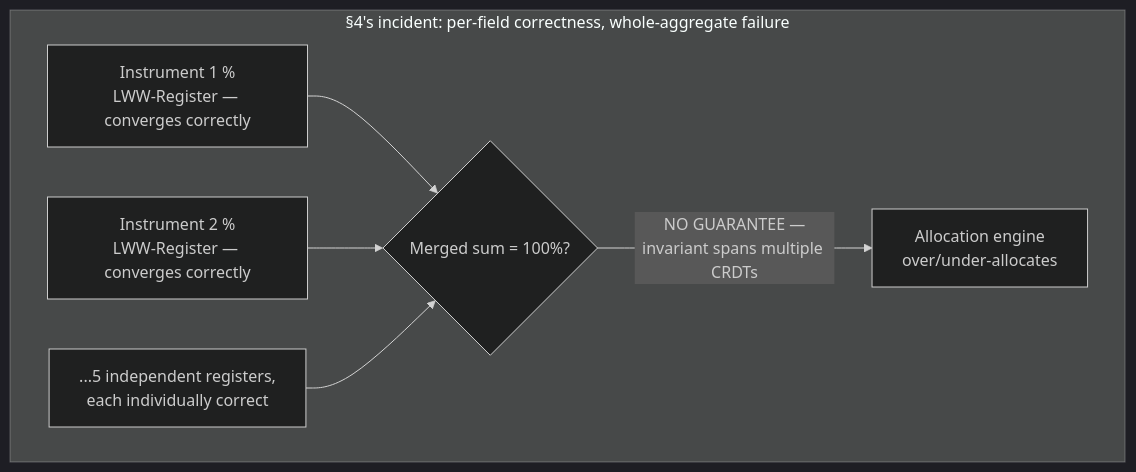
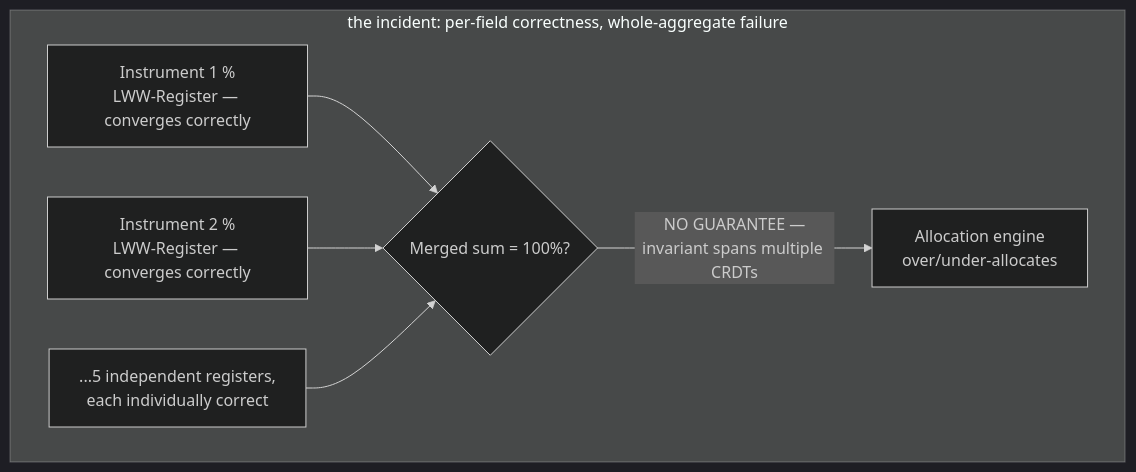
Before and after one commit to umashankarp/InterviewQuestions: the third of 4 diagrams in 16-Distributed-Systems/04-CRDTs-Conflict-Free-Replicated-Data-Types.md, drawn with Mermaid (dark theme). The commit also changed other lines of this file and 173 other files, not shown here.

````diff
--- a/16-Distributed-Systems/04-CRDTs-Conflict-Free-Replicated-Data-Types.md
+++ b/16-Distributed-Systems/04-CRDTs-Conflict-Free-Replicated-Data-Types.md
@@ -92,12 +92,12 @@
 ```mermaid
 graph TB
-    subgraph "§4's incident: per-field correctness, whole-aggregate failure"
-        F1["Instrument 1 %<br/>LWW-Register — converges correctly"]
-        F2["Instrument 2 %<br/>LWW-Register — converges correctly"]
-        F3["...5 independent registers,<br/>each individually correct"]
-        F1 --> Sum{Merged sum = 100%?}
-        F2 --> Sum
-        F3 --> Sum
-        Sum -->|NO GUARANTEE —<br/>invariant spans multiple CRDTs| Bug[Allocation engine<br/>over/under-allocates]
-    end
+ subgraph "the incident: per-field correctness, whole-aggregate failure"
+ F1["Instrument 1 %<br/>LWW-Register — converges correctly"]
+ F2["Instrument 2 %<br/>LWW-Register — converges correctly"]
+ F3["...5 independent registers,<br/>each individually correct"]
+ F1 --> Sum{Merged sum = 100%?}
+ F2 --> Sum
+ F3 --> Sum
+ Sum -->|NO GUARANTEE —<br/>invariant spans multiple CRDTs| Bug[Allocation engine<br/>over/under-allocates]
+ end
 ```
````
